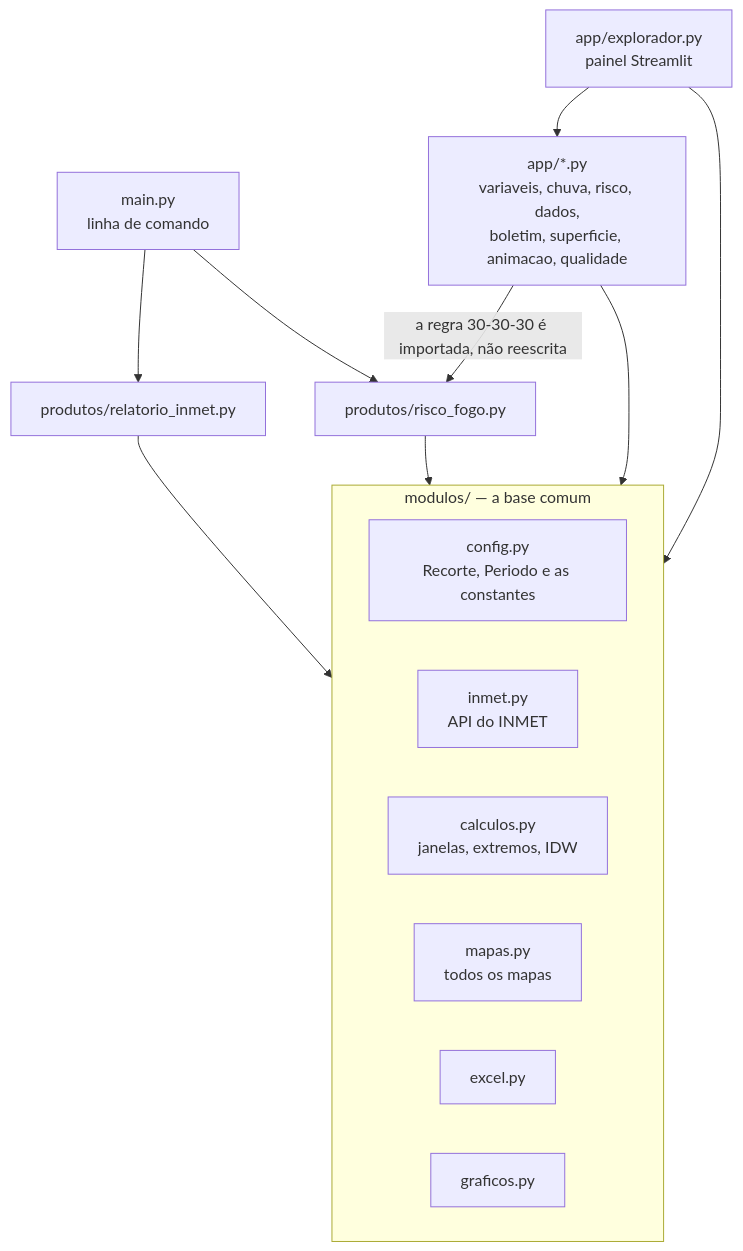
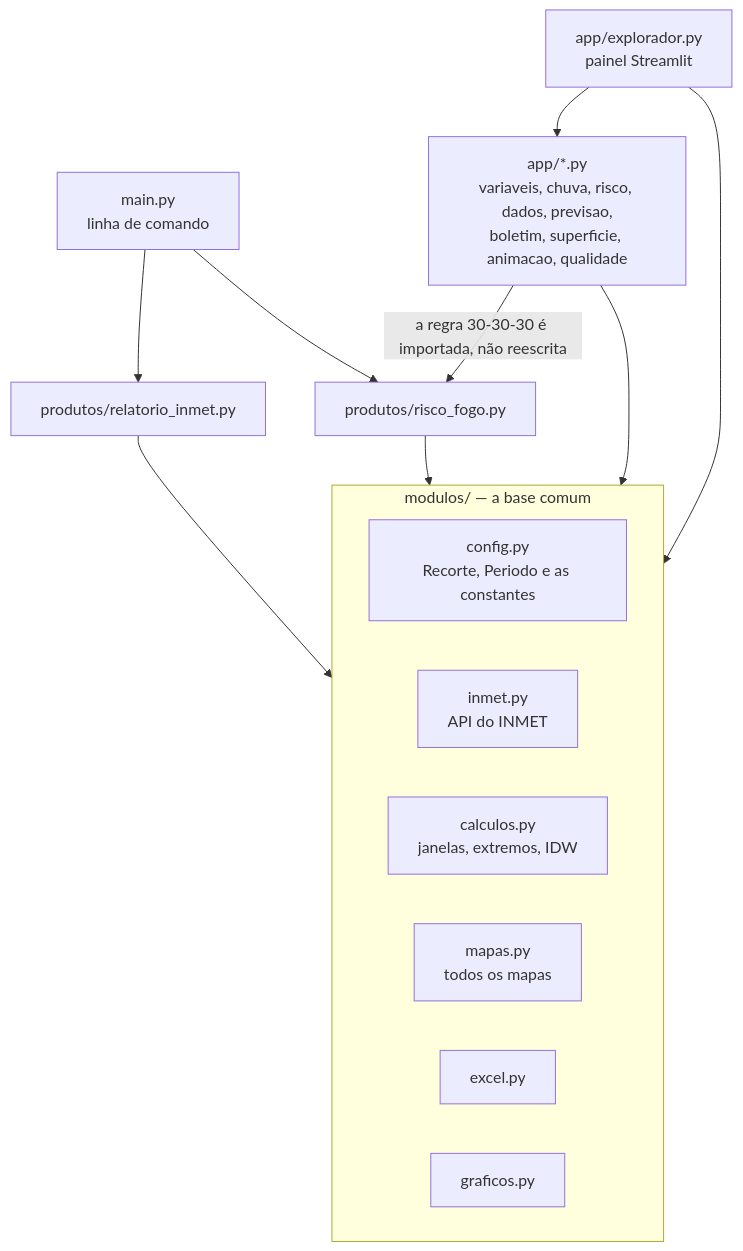
The diagram in docs/guia_de_manutencao.md (abner-valente/scripts-UNIGEO-CEMTEC), drawn with Mermaid before and after one commit. The commit also changed other lines of this file and 4 other files, not shown here.

````diff
--- a/docs/guia_de_manutencao.md
+++ b/docs/guia_de_manutencao.md
@@ -31,19 +31,19 @@
 ```mermaid
 flowchart TD
     main["main.py<br/>linha de comando"] --> rel["produtos/relatorio_inmet.py"]
     main --> fogo["produtos/risco_fogo.py"]
-    painel["app/explorador.py<br/>painel Streamlit"] --> appmods["app/*.py<br/>variaveis, chuva, risco, dados,<br/>boletim, superficie, animacao, qualidade"]
+    painel["app/explorador.py<br/>painel Streamlit"] --> appmods["app/*.py<br/>variaveis, chuva, risco, dados, previsao,<br/>boletim, superficie, animacao, qualidade"]
     appmods -->|"a regra 30-30-30 é importada, não reescrita"| fogo
     rel --> base
     fogo --> base
     painel --> base
     appmods --> base
     subgraph base["modulos/ — a base comum"]
         config["config.py<br/>Recorte, Periodo e as constantes"]
         inmet["inmet.py<br/>API do INMET"]
         calculos["calculos.py<br/>janelas, extremos, IDW"]
         mapas["mapas.py<br/>todos os mapas"]
         excel["excel.py"]
         graficos["graficos.py"]
     end
 ```
````
